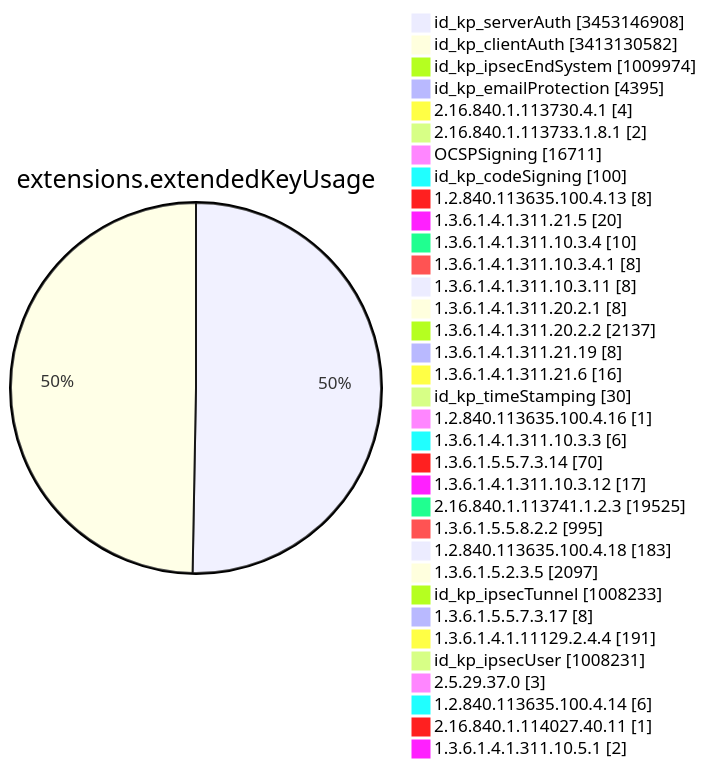
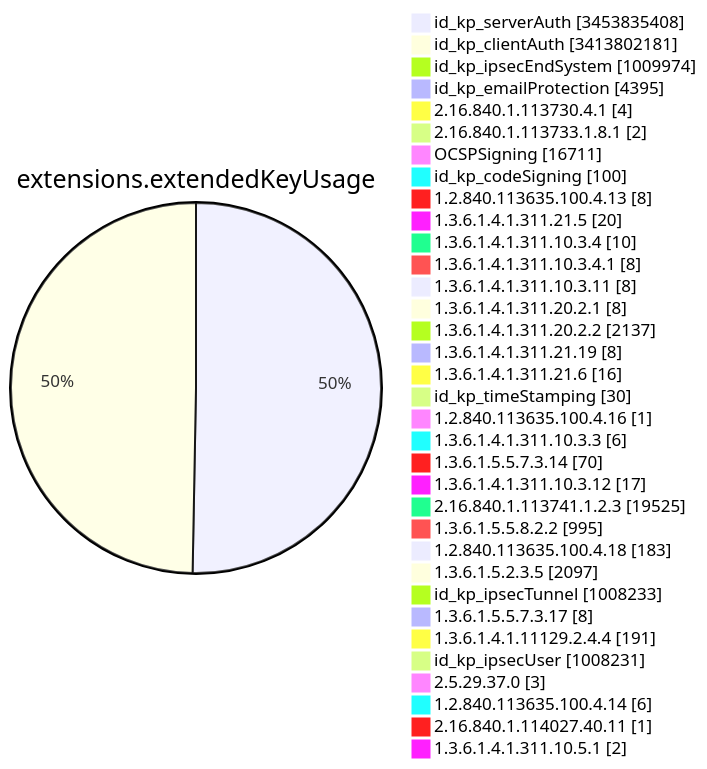
Diagram 11 of 15 in TOTAL/README.md (christiankrug/ctmonitor_visualization), drawn with Mermaid before and after one commit. The commit also changed other lines of this file, not shown here.

````diff
--- a/TOTAL/README.md
+++ b/TOTAL/README.md
@@ -4123,38 +4123,38 @@
 ```mermaid
 pie showData
 title extensions.extendedKeyUsage
-"id_kp_serverAuth" :3453146908
-"id_kp_clientAuth" :3413130582
+"id_kp_serverAuth" :3453835408
+"id_kp_clientAuth" :3413802181
 "id_kp_ipsecEndSystem" :1009974
 "id_kp_emailProtection" :4395
 "2.16.840.1.113730.4.1" :4
 "2.16.840.1.113733.1.8.1" :2
 "OCSPSigning" :16711
 "id_kp_codeSigning" :100
 "1.2.840.113635.100.4.13" :8
 "1.3.6.1.4.1.311.21.5" :20
 "1.3.6.1.4.1.311.10.3.4" :10
 "1.3.6.1.4.1.311.10.3.4.1" :8
 "1.3.6.1.4.1.311.10.3.11" :8
 "1.3.6.1.4.1.311.20.2.1" :8
 "1.3.6.1.4.1.311.20.2.2" :2137
 "1.3.6.1.4.1.311.21.19" :8
 "1.3.6.1.4.1.311.21.6" :16
 "id_kp_timeStamping" :30
 "1.2.840.113635.100.4.16" :1
 "1.3.6.1.4.1.311.10.3.3" :6
 "1.3.6.1.5.5.7.3.14" :70
 "1.3.6.1.4.1.311.10.3.12" :17
 "2.16.840.1.113741.1.2.3" :19525
 "1.3.6.1.5.5.8.2.2" :995
 "1.2.840.113635.100.4.18" :183
 "1.3.6.1.5.2.3.5" :2097
 "id_kp_ipsecTunnel" :1008233
 "1.3.6.1.5.5.7.3.17" :8
 "1.3.6.1.4.1.11129.2.4.4" :191
 "id_kp_ipsecUser" :1008231
 "2.5.29.37.0" :3
 "1.2.840.113635.100.4.14" :6
 "2.16.840.1.114027.40.11" :1
 "1.3.6.1.4.1.311.10.5.1" :2
 ```
````
